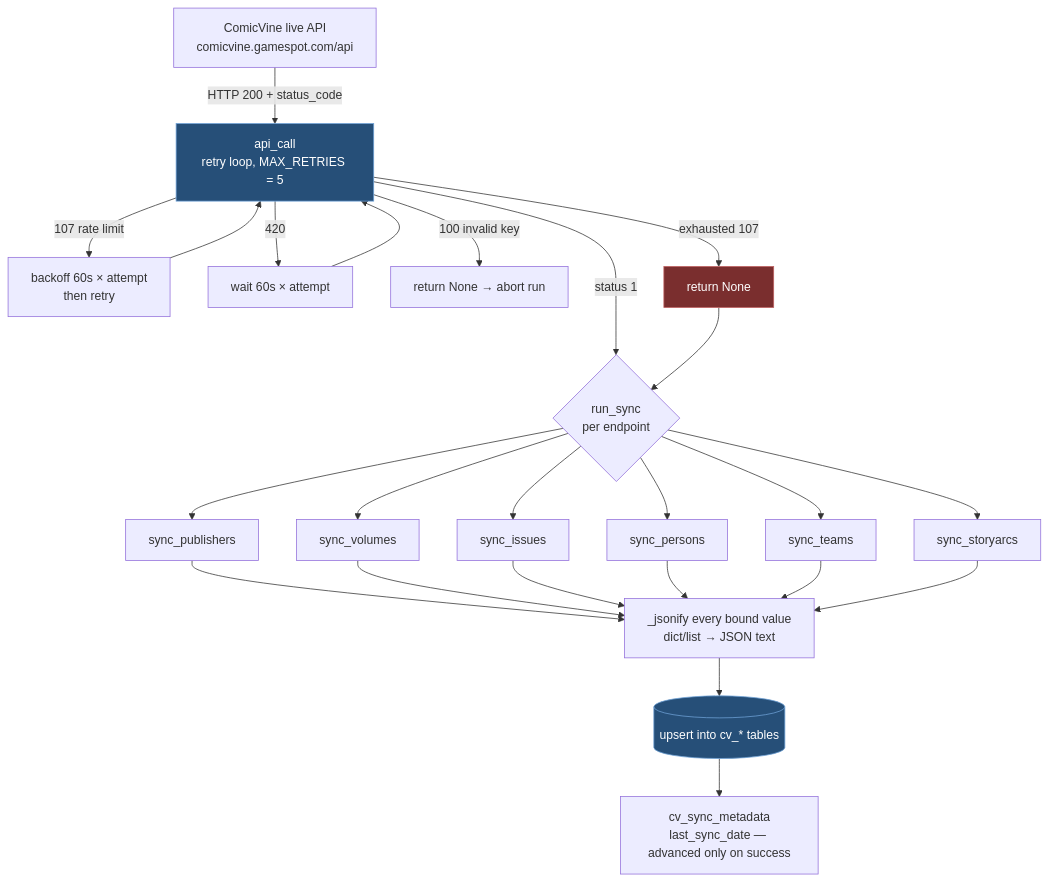
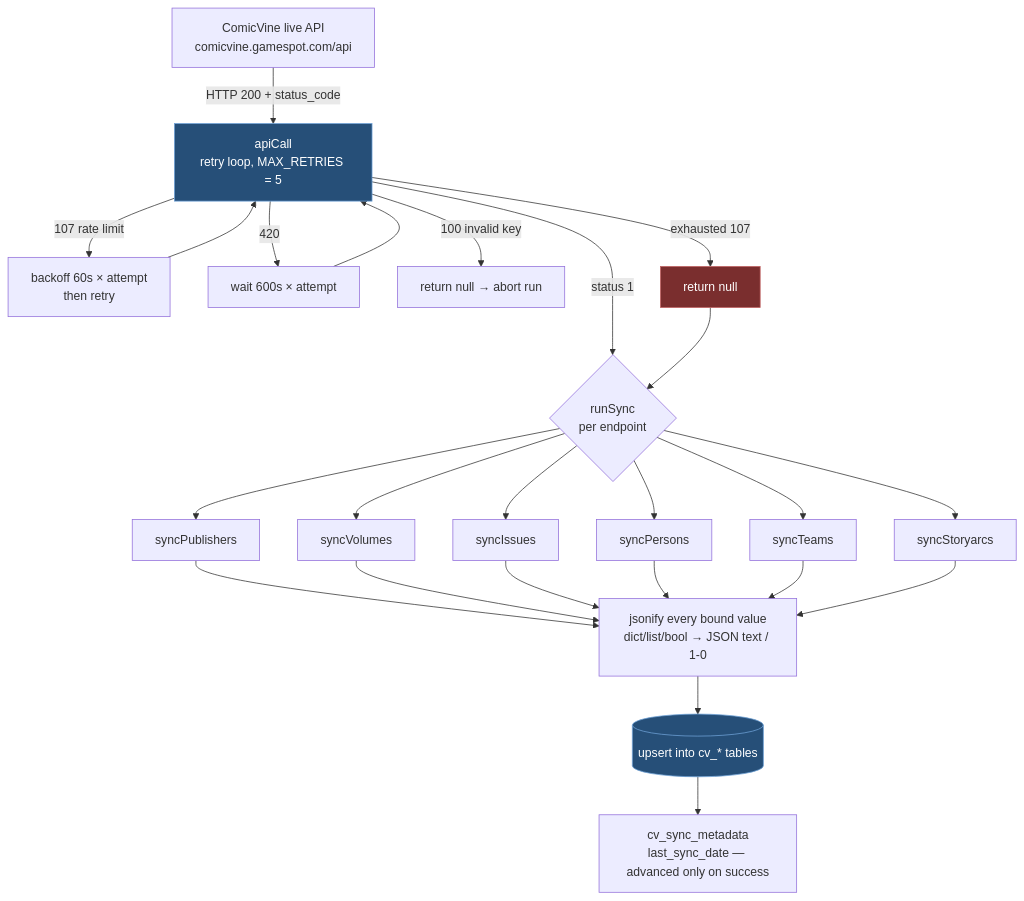
The second of 3 diagrams in docs/architecture.md (javabits-github/local-comicvine-api), drawn with Mermaid before and after one commit. The commit also changed other lines of this file and 7 other files, not shown here.

````diff
--- a/docs/architecture.md
+++ b/docs/architecture.md
@@ -55,30 +57,30 @@
 ```mermaid
 flowchart TB
     CV[ComicVine live API<br/>comicvine.gamespot.com/api]
 
-    CV -->|HTTP 200 + status_code| AC[api_call<br/>retry loop, MAX_RETRIES = 5]
+    CV -->|HTTP 200 + status_code| AC[apiCall<br/>retry loop, MAX_RETRIES = 5]
     AC -->|107 rate limit| W[backoff 60s × attempt<br/>then retry]
     W --> AC
-    AC -->|420| W4[wait 60s × attempt]
+    AC -->|420| W4[wait 600s × attempt]
     W4 --> AC
-    AC -->|100 invalid key| N1[return None → abort run]
-    AC -->|exhausted 107| N2[return None]
+    AC -->|100 invalid key| N1[return null → abort run]
+    AC -->|exhausted 107| N2[return null]
 
-    AC -->|status 1| SYNC{"run_sync<br/>per endpoint"}
+    AC -->|status 1| SYNC{"runSync<br/>per endpoint"}
     N2 --> SYNC
 
-    SYNC --> SP[sync_publishers]
-    SYNC --> SV[sync_volumes]
-    SYNC --> SI[sync_issues]
-    SYNC --> SP2[sync_persons]
-    SYNC --> ST[sync_teams]
-    SYNC --> SA[sync_storyarcs]
+    SYNC --> SP[syncPublishers]
+    SYNC --> SV[syncVolumes]
+    SYNC --> SI[syncIssues]
+    SYNC --> SP2[syncPersons]
+    SYNC --> ST[syncTeams]
+    SYNC --> SA[syncStoryarcs]
 
-    SP & SV & SI & SP2 & ST & SA --> J[_jsonify every bound value<br/>dict/list → JSON text]
+    SP & SV & SI & SP2 & ST & SA --> J["jsonify every bound value<br/>dict/list/bool → JSON text / 1-0"]
     J --> U[(upsert into cv_* tables)]
     U --> M[cv_sync_metadata<br/>last_sync_date — advanced only on success]
 
     style AC fill:#264f78,stroke:#6ea1d6,color:#fff
     style U fill:#264f78,stroke:#6ea1d6,color:#fff
     style N2 fill:#7a2e2e,stroke:#c06060,color:#fff
 ```
````
